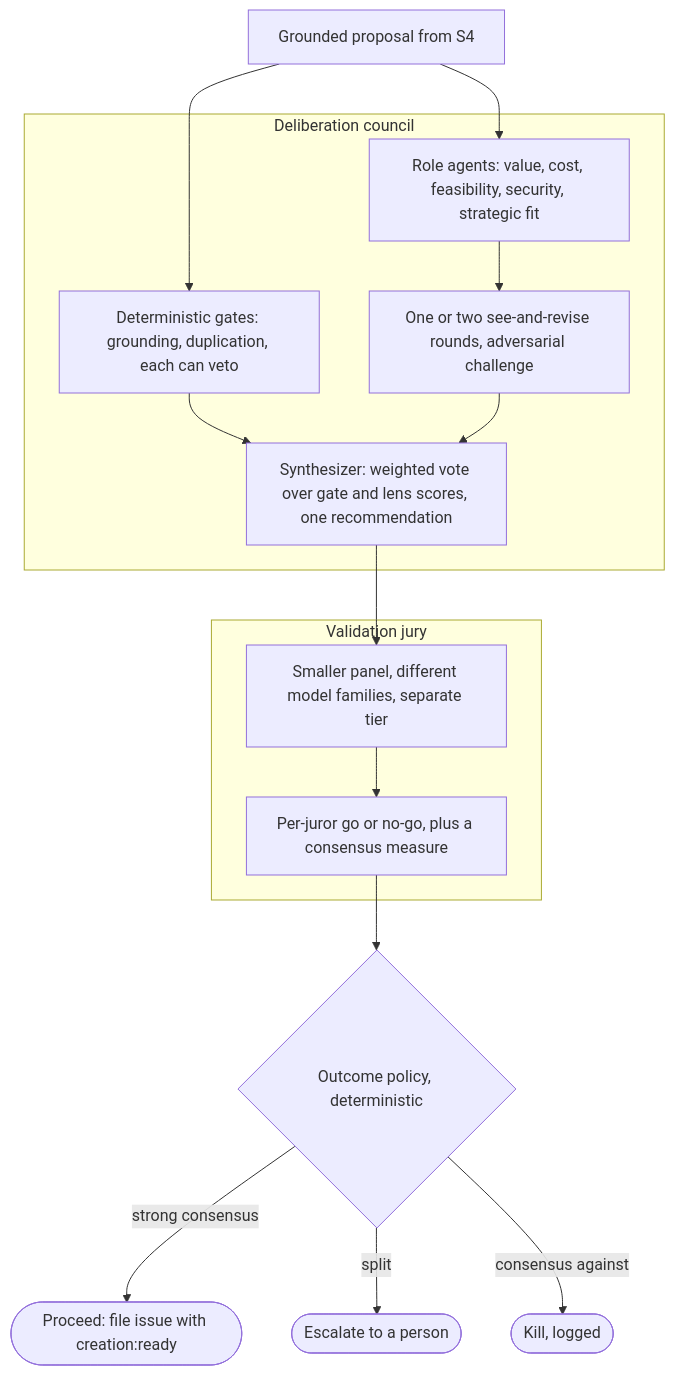
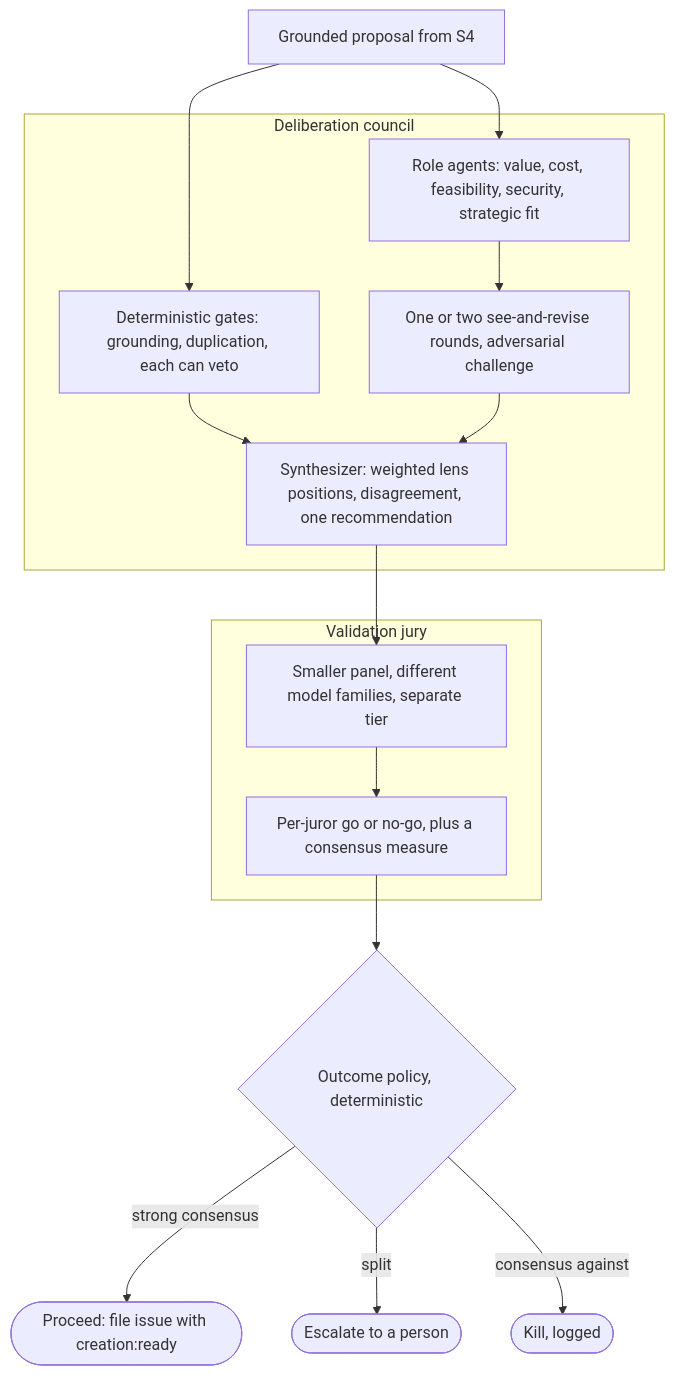
One commit to JoranBergfeld/dark-software-factory changed the diagram in docs/site/concept/feature-council.md. Above: the diagram before and after it, drawn with Mermaid. The commit also changed other lines of this file and 99 other files, not shown here.

````diff
--- a/docs/site/concept/feature-council.md
+++ b/docs/site/concept/feature-council.md
@@ -63,25 +60,25 @@
 ```mermaid
 flowchart TD
     prop["Grounded proposal from S4"] --> gates
     prop --> lenses
 
     subgraph deliberate [Deliberation council]
         gates["Deterministic gates: grounding, duplication, each can veto"]
         lenses["Role agents: value, cost, feasibility, security, strategic fit"]
         lenses --> rounds["One or two see-and-revise rounds, adversarial challenge"]
         gates --> synth
-        rounds --> synth["Synthesizer: weighted vote over gate and lens scores, one recommendation"]
+        rounds --> synth["Synthesizer: weighted lens positions, disagreement, one recommendation"]
     end
 
     synth --> panel
 
     subgraph validate [Validation jury]
         panel["Smaller panel, different model families, separate tier"]
         panel --> verdict["Per-juror go or no-go, plus a consensus measure"]
     end
 
     verdict --> policy{"Outcome policy, deterministic"}
     policy -->|strong consensus| proceed(["Proceed: file issue with creation:ready"])
     policy -->|split| escalate(["Escalate to a person"])
     policy -->|consensus against| kill(["Kill, logged"])
 ```
````
